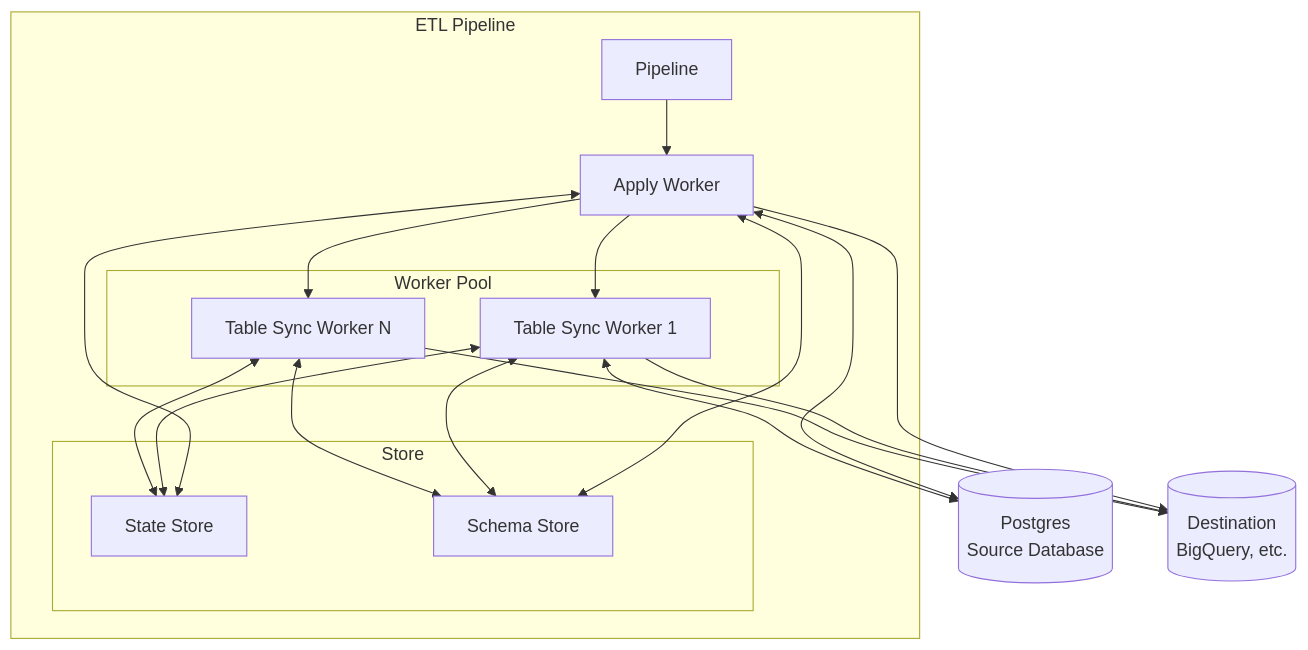
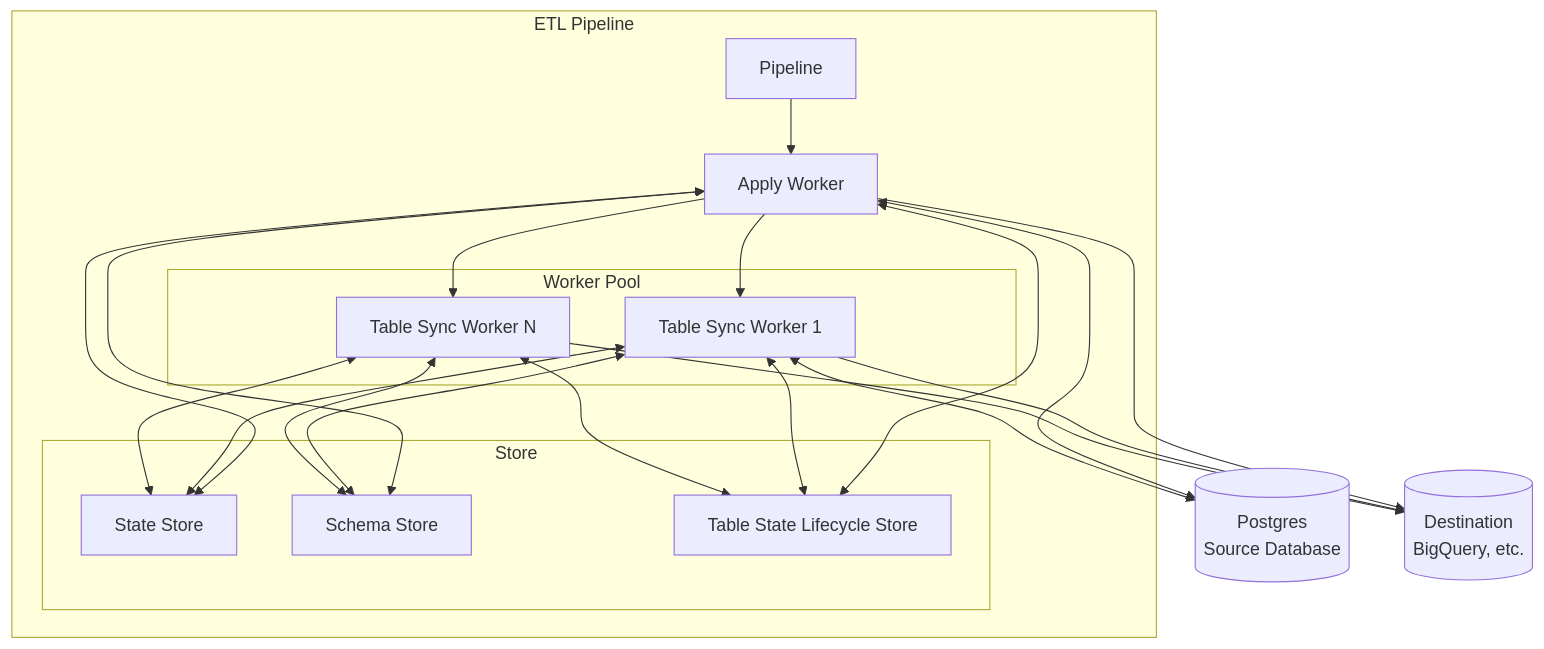
Before and after one commit to supabase/etl: the diagram in crates/etl/README.md, drawn with Mermaid. The commit also changed other lines of this file and 38 other files, not shown here.

````diff
--- a/crates/etl/README.md
+++ b/crates/etl/README.md
@@ -31,43 +44,47 @@
 ```mermaid
 graph TB
     subgraph "ETL Pipeline"
         Pipeline["Pipeline"]
 
         ApplyWorker["Apply Worker"]
 
         subgraph "Worker Pool"
             TSWorker1["Table Sync Worker 1"]
             TSWorkerN["Table Sync Worker N"]
         end
 
         subgraph "Store"
             StateStore["State Store"]
             SchemaStore["Schema Store"]
+            LifecycleStore["Table State Lifecycle Store"]
         end
     end
 
     PG[("Postgres<br/>Source Database")]
 
     Destination[("Destination<br/>BigQuery, etc.")]
 
     Pipeline --> ApplyWorker
 
     ApplyWorker --> TSWorker1
     ApplyWorker --> TSWorkerN
 
     ApplyWorker --> Destination
     TSWorker1 --> Destination
     TSWorkerN --> Destination
 
     ApplyWorker <--> PG
     TSWorker1 <--> PG
 
     ApplyWorker <--> StateStore
     ApplyWorker <--> SchemaStore
+    ApplyWorker <--> LifecycleStore
 
     TSWorker1 <--> StateStore
     TSWorker1 <--> SchemaStore
+    TSWorker1 <--> LifecycleStore
 
     TSWorkerN <--> StateStore
     TSWorkerN <--> SchemaStore
+    TSWorkerN <--> LifecycleStore
 ```
````
